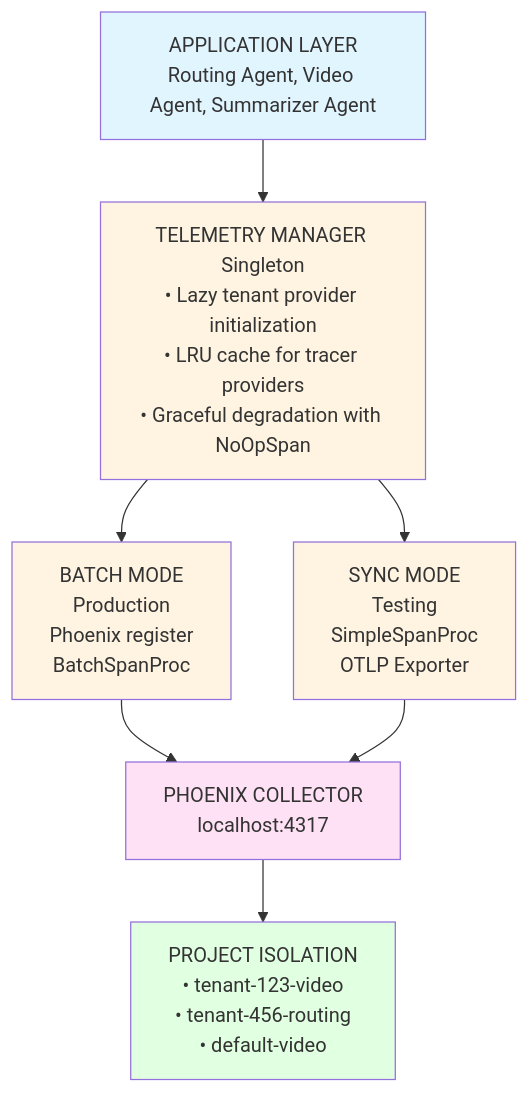
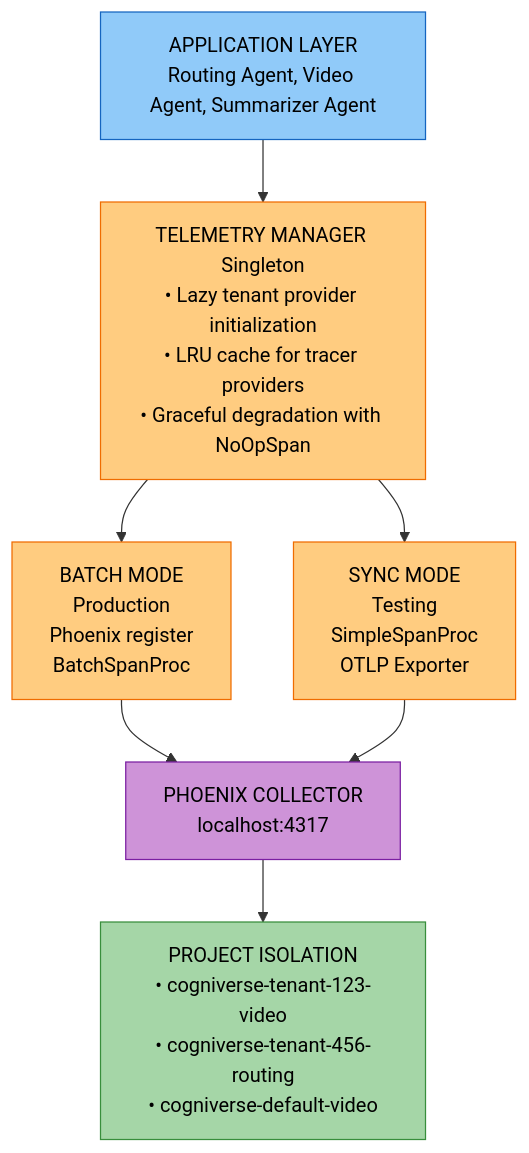
Before and after one commit to amit-jain/cogniverse: the first of 3 diagrams in docs/development/instrumentation.md, drawn with Mermaid. The commit also changed other lines of this file and 83 other files, not shown here.

First line of the commit message:
Fix documentation veracity, formatting, and diagrams across all modules

````diff
--- a/docs/development/instrumentation.md
+++ b/docs/development/instrumentation.md
@@ -35,27 +37,27 @@
 ```mermaid
-graph TB
-    App[APPLICATION LAYER<br/>Routing Agent, Video Agent, Summarizer Agent]
+flowchart TB
+    App["<span style='color:#000'>APPLICATION LAYER<br/>Routing Agent, Video Agent, Summarizer Agent</span>"]
 
-    Manager[TELEMETRY MANAGER Singleton<br/>• Lazy tenant provider initialization<br/>• LRU cache for tracer providers<br/>• Graceful degradation with NoOpSpan]
+    Manager["<span style='color:#000'>TELEMETRY MANAGER Singleton<br/>• Lazy tenant provider initialization<br/>• LRU cache for tracer providers<br/>• Graceful degradation with NoOpSpan</span>"]
 
-    Batch[BATCH MODE<br/>Production<br/>Phoenix register<br/>BatchSpanProc]
-    Sync[SYNC MODE<br/>Testing<br/>SimpleSpanProc<br/>OTLP Exporter]
+    Batch["<span style='color:#000'>BATCH MODE<br/>Production<br/>Phoenix register<br/>BatchSpanProc</span>"]
+    Sync["<span style='color:#000'>SYNC MODE<br/>Testing<br/>SimpleSpanProc<br/>OTLP Exporter</span>"]
 
-    Collector[PHOENIX COLLECTOR<br/>localhost:4317]
+    Collector["<span style='color:#000'>PHOENIX COLLECTOR<br/>localhost:4317</span>"]
 
-    Isolation[PROJECT ISOLATION<br/>• tenant-123-video<br/>• tenant-456-routing<br/>• default-video]
+    Isolation["<span style='color:#000'>PROJECT ISOLATION<br/>• cogniverse-tenant-123-video<br/>• cogniverse-tenant-456-routing<br/>• cogniverse-default-video</span>"]
 
     App --> Manager
     Manager --> Batch
     Manager --> Sync
     Batch --> Collector
     Sync --> Collector
     Collector --> Isolation
 
-    style App fill:#e1f5ff
-    style Manager fill:#fff4e1
-    style Batch fill:#fff4e1
-    style Sync fill:#fff4e1
-    style Collector fill:#ffe1f5
-    style Isolation fill:#e1ffe1
+    style App fill:#90caf9,stroke:#1565c0,color:#000
+    style Manager fill:#ffcc80,stroke:#ef6c00,color:#000
+    style Batch fill:#ffcc80,stroke:#ef6c00,color:#000
+    style Sync fill:#ffcc80,stroke:#ef6c00,color:#000
+    style Collector fill:#ce93d8,stroke:#7b1fa2,color:#000
+    style Isolation fill:#a5d6a7,stroke:#388e3c,color:#000
 ```
````
